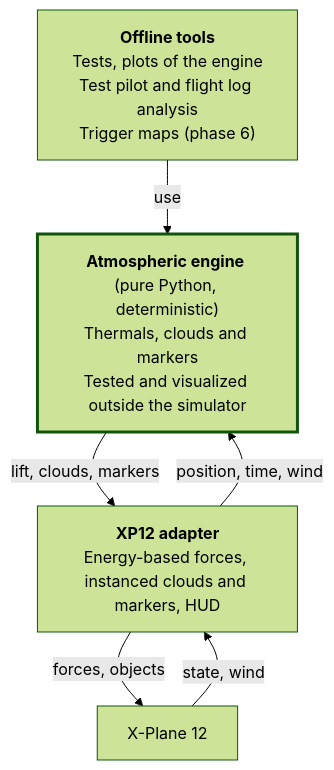
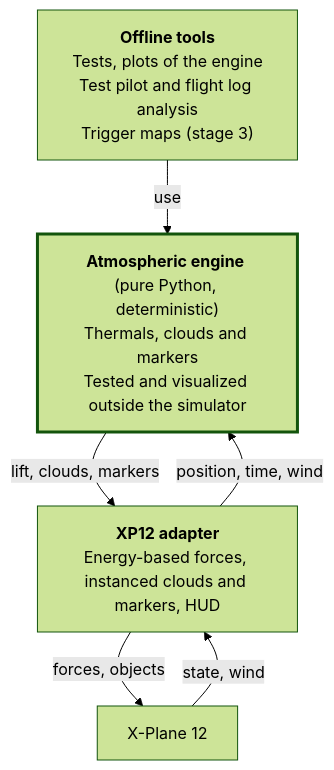
Before and after one commit to jlgabriel/xp-gliding: the diagram in notes/SPEC.md, drawn with Mermaid (forest theme). The commit also changed other lines of this file and 7 other files, not shown here.

````diff
--- a/notes/SPEC.md
+++ b/notes/SPEC.md
@@ -280,15 +280,15 @@
 ```mermaid
 flowchart TB
-    tools["<b>Offline tools</b><br/>Tests, plots of the engine<br/>Test pilot and flight log analysis<br/>Trigger maps (phase 6)"]
+    tools["<b>Offline tools</b><br/>Tests, plots of the engine<br/>Test pilot and flight log analysis<br/>Trigger maps (stage 3)"]
     engine["<b>Atmospheric engine</b> (pure Python, deterministic)<br/>Thermals, clouds and markers<br/>Tested and visualized outside the simulator"]
     adapter["<b>XP12 adapter</b><br/>Energy-based forces, instanced clouds and markers, HUD"]
     xp["X-Plane 12"]
 
     tools -- "use" --> engine
     engine -- "lift, clouds, markers" --> adapter
     adapter -- "position, time, wind" --> engine
     adapter -- "forces, objects" --> xp
     xp -- "state, wind" --> adapter
 
     style engine stroke-width:3px
 ```
````
